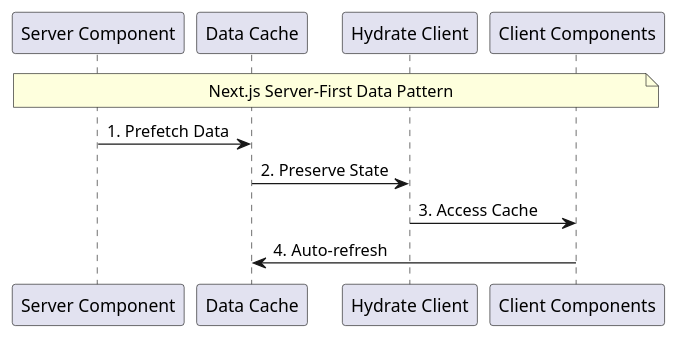
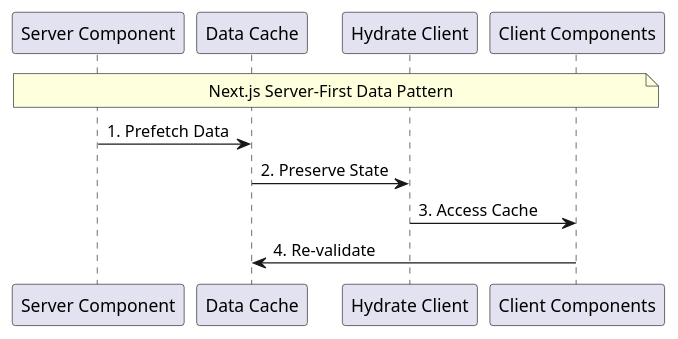
One commit to sjiayi-work/newtube changed the diagram in diagrams/tRPC.puml. Above: the diagram before and after it, drawn with PlantUML. The commit also changed 13 other files, not shown here.

```diff
--- a/diagrams/tRPC.puml
+++ b/diagrams/tRPC.puml
@@ -1,8 +1,8 @@
 @startuml tRPC
 note across: Next.js Server-First Data Pattern
 
 "Server Component" -> "Data Cache" : 1. Prefetch Data
 "Data Cache" -> "Hydrate Client": 2. Preserve State
 "Hydrate Client" -> "Client Components": 3. Access Cache
-"Client Components" -> "Data Cache": 4. Auto-refresh
+"Client Components" -> "Data Cache": 4. Re-validate
 @enduml
```
